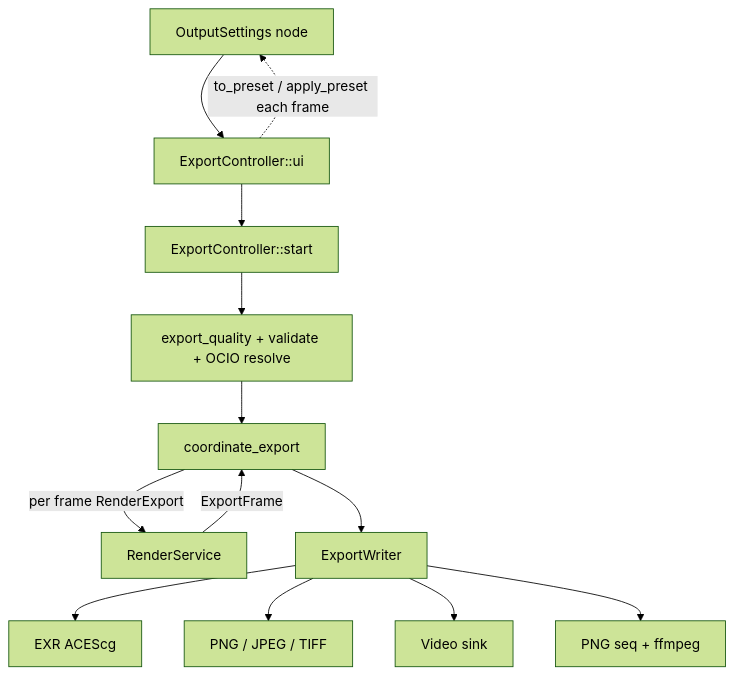
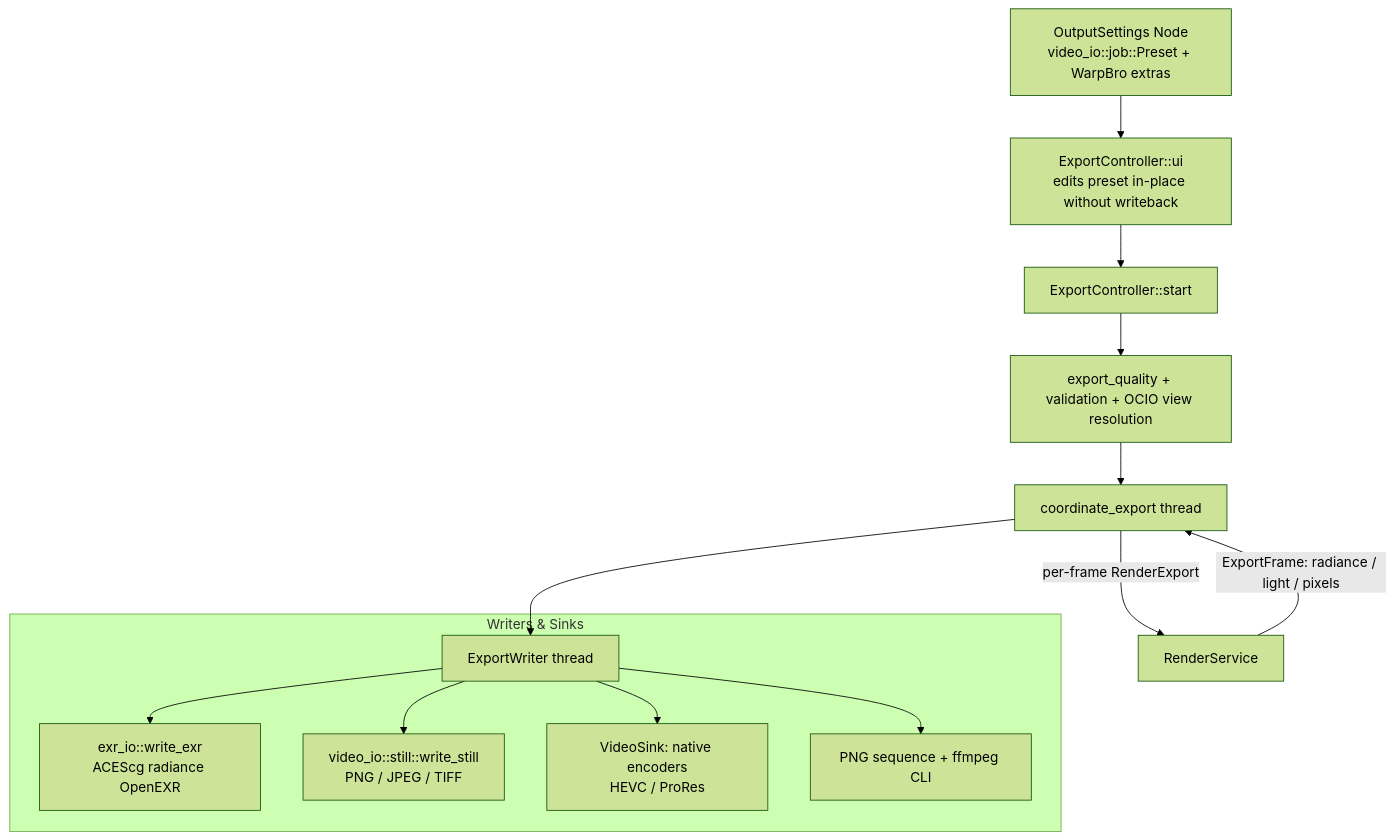
One commit to ssoj13/warpbro-rs changed the sixth of 6 diagrams in DIAGRAMS.md. Above: the diagram before and after it, drawn with Mermaid (forest theme). The commit also changed other lines of this file and 9 other files, not shown here.

Commit message:
docs: update PLAN.md, CHANGELOG.md, AGENTS.md, DIAGRAMS.md, README.md, and mdBook

````diff
--- a/DIAGRAMS.md
+++ b/DIAGRAMS.md
@@ -104,14 +164,18 @@
 ```mermaid
 flowchart TD
-  out[OutputSettings node] --> ui[ExportController::ui]
-  ui -.->|to_preset / apply_preset each frame| out
+  out[OutputSettings Node<br/>video_io::job::Preset + WarpBro extras] --> ui[ExportController::ui<br/>edits preset in-place without writeback]
   ui --> start[ExportController::start]
-  start --> q[export_quality + validate + OCIO resolve]
-  q --> co[coordinate_export]
-  co -->|per frame RenderExport| rs[RenderService]
-  rs -->|ExportFrame| co --> w[ExportWriter]
-  w --> exr[EXR ACEScg]
-  w --> png[PNG / JPEG / TIFF]
-  w --> vid[Video sink]
-  w --> seq[PNG seq + ffmpeg]
+  start --> val[export_quality + validation + OCIO view resolution]
+  val --> coord[coordinate_export thread]
+
+  coord -->|per-frame RenderExport| rs[RenderService]
+  rs -->|ExportFrame: radiance / light / pixels| coord
+  coord --> writer[ExportWriter thread]
+
+  subgraph Writers[Writers & Sinks]
+    writer --> exr[exr_io::write_exr<br/>ACEScg radiance OpenEXR]
+    writer --> still[video_io::still::write_still<br/>PNG / JPEG / TIFF]
+    writer --> vid[VideoSink: native encoders<br/>HEVC / ProRes]
+    writer --> seq[PNG sequence + ffmpeg CLI]
+  end
 ```
````
